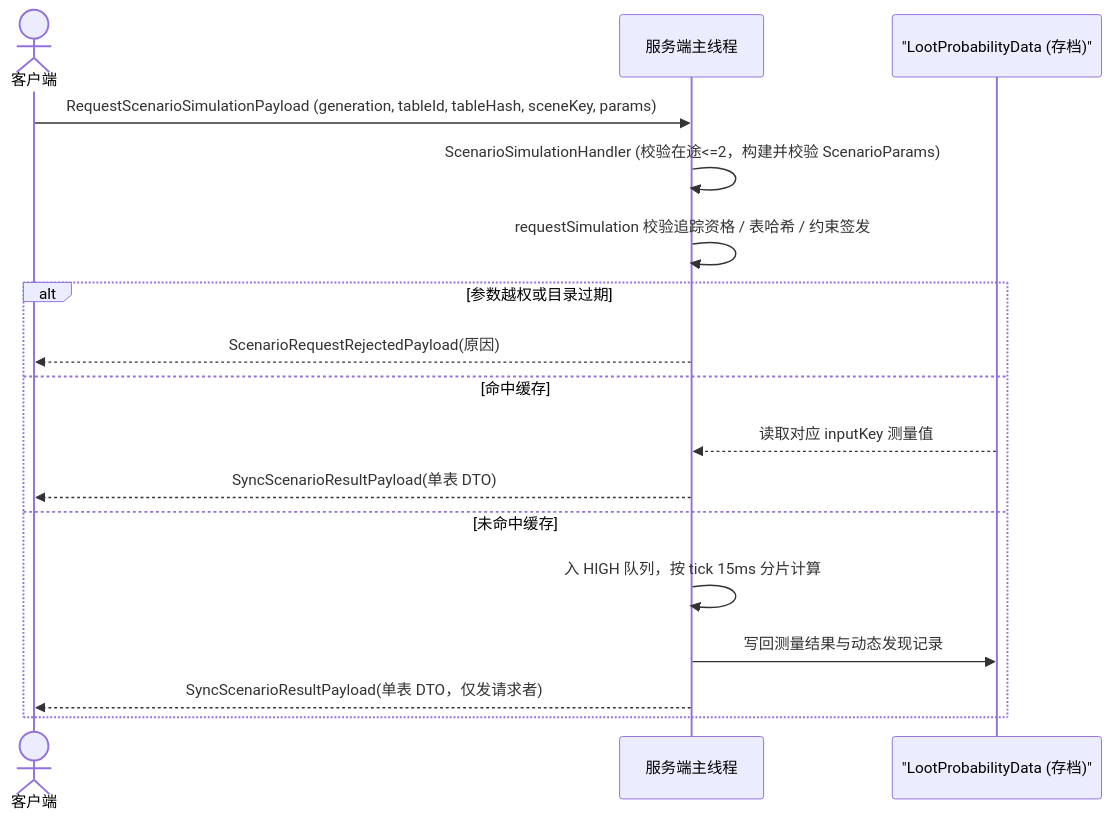
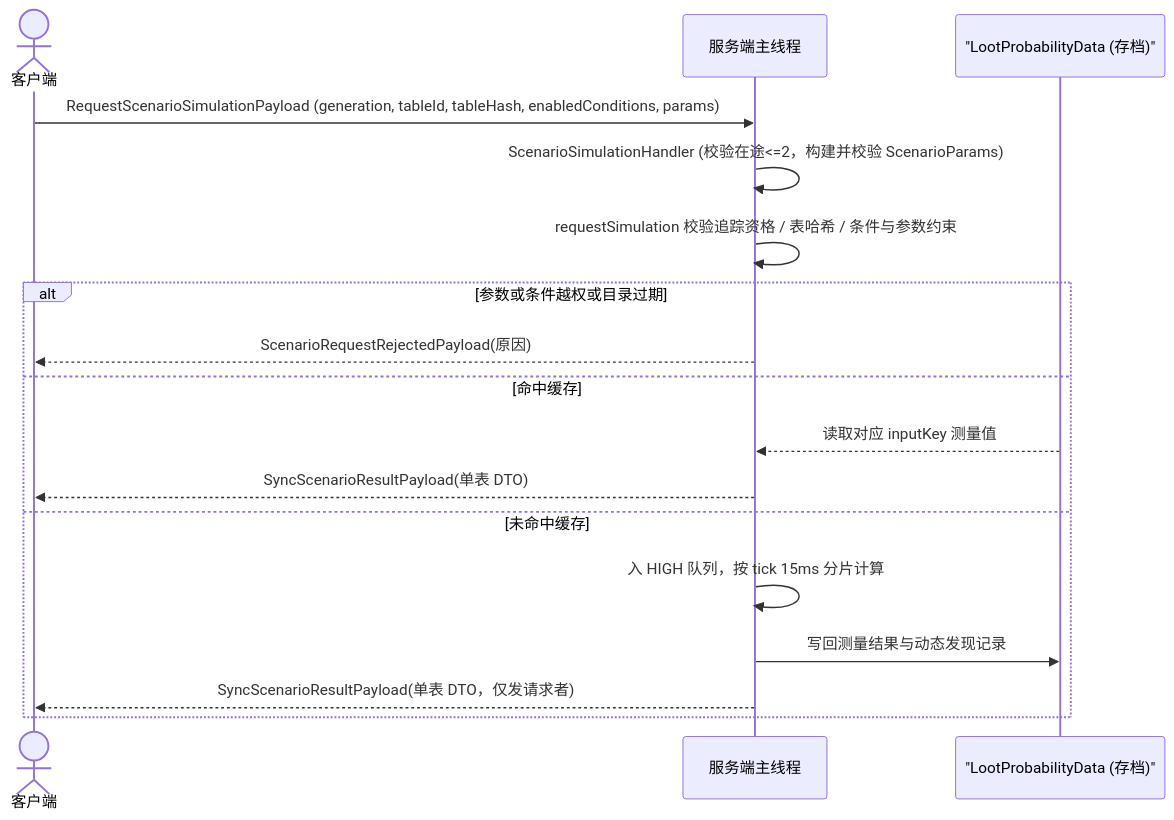
Before and after one commit to meteoritel/unsuspicious-block: the third of 3 diagrams in docs/dev/internals/loottable-mechanics.md, drawn with Mermaid. The commit also changed other lines of this file and 45 other files, not shown here.

````diff
--- a/docs/dev/internals/loottable-mechanics.md
+++ b/docs/dev/internals/loottable-mechanics.md
@@ -188,20 +186,20 @@
 ```mermaid
 sequenceDiagram
     actor C as 客户端
     participant S as 服务端主线程
     participant D as "LootProbabilityData (存档)"
 
-    C->>S: RequestScenarioSimulationPayload (generation, tableId, tableHash, sceneKey, params)
+    C->>S: RequestScenarioSimulationPayload (generation, tableId, tableHash, enabledConditions, params)
     S->>S: ScenarioSimulationHandler (校验在途<=2，构建并校验 ScenarioParams)
-    S->>S: requestSimulation 校验追踪资格 / 表哈希 / 约束签发
-    alt 参数越权或目录过期
+    S->>S: requestSimulation 校验追踪资格 / 表哈希 / 条件与参数约束
+    alt 参数或条件越权或目录过期
         S-->>C: ScenarioRequestRejectedPayload(原因)
     else 命中缓存
         D-->>S: 读取对应 inputKey 测量值
         S-->>C: SyncScenarioResultPayload(单表 DTO)
     else 未命中缓存
         S->>S: 入 HIGH 队列，按 tick 15ms 分片计算
         S->>D: 写回测量结果与动态发现记录
         S-->>C: SyncScenarioResultPayload(单表 DTO，仅发请求者)
     end
 ```
````
